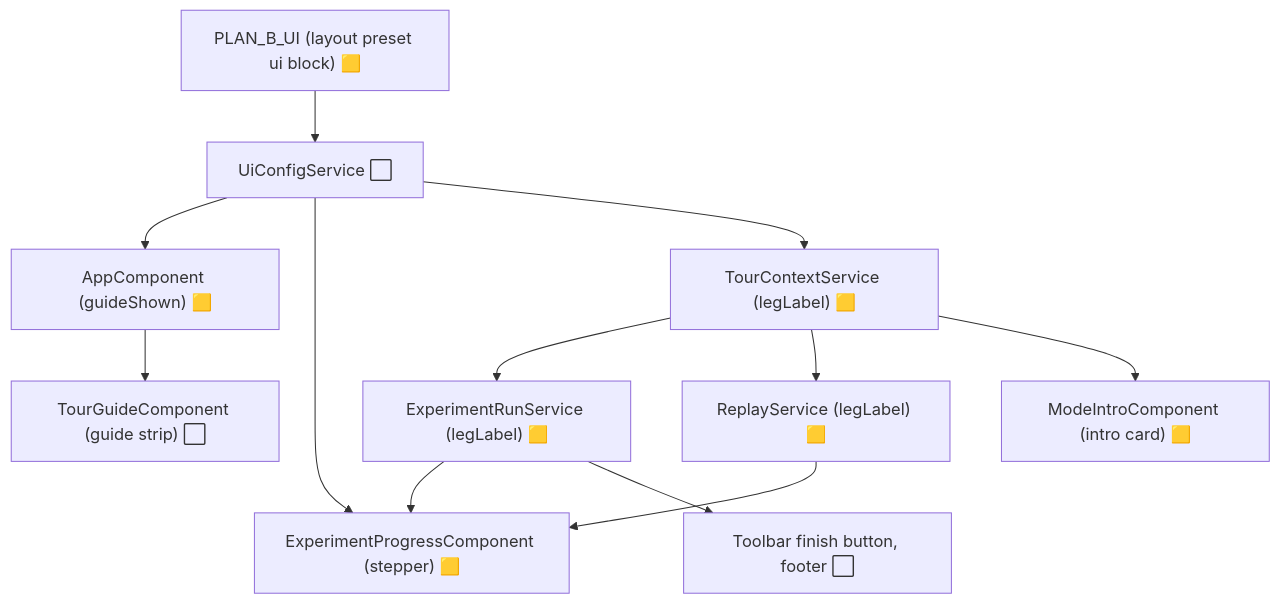
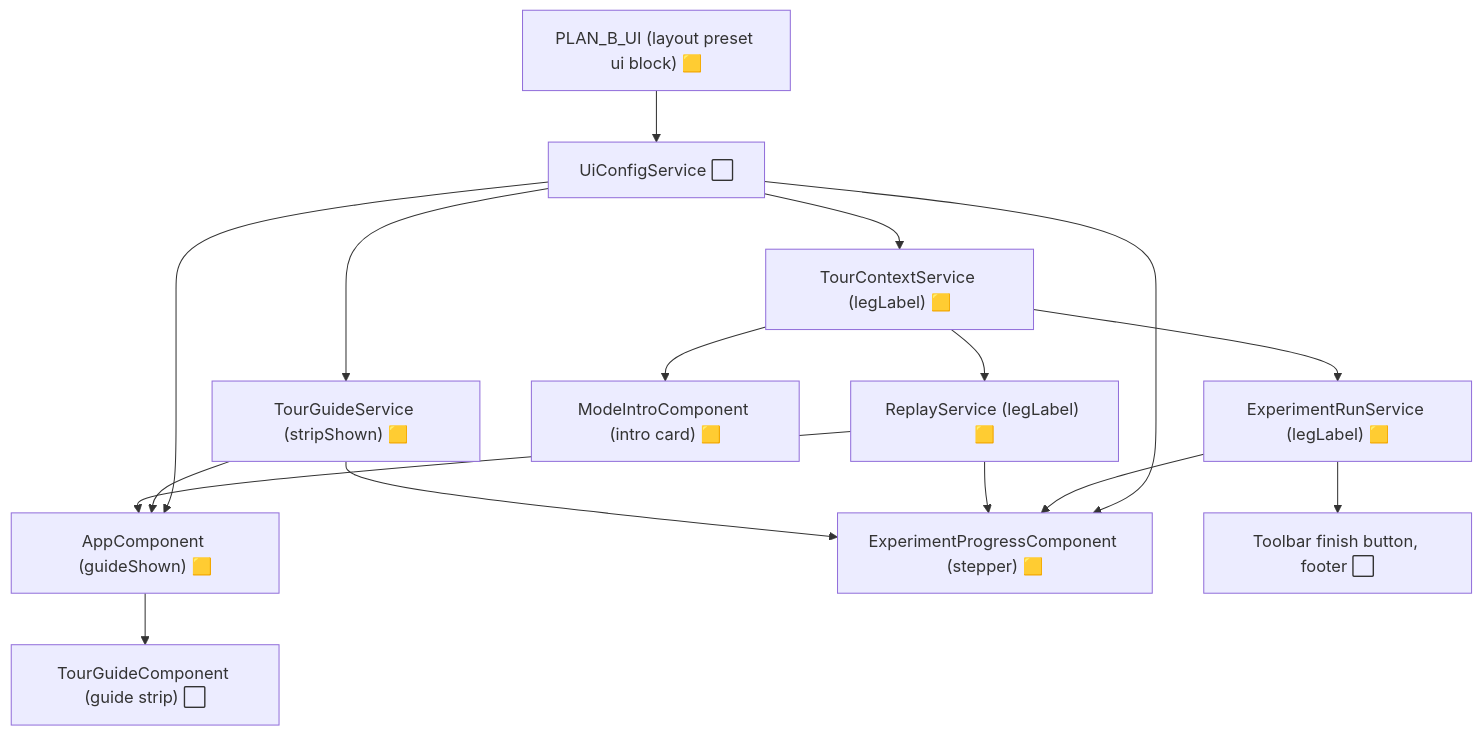
One commit to flatland-association/flatland-ui-hub changed the diagram in docs/plans/hide-scenario-bar.md. Above: the diagram before and after it, drawn with Mermaid. The commit also changed other lines of this file, not shown here.

````diff
--- a/docs/plans/hide-scenario-bar.md
+++ b/docs/plans/hide-scenario-bar.md
@@ -263,14 +294,18 @@
 ```mermaid
 flowchart TD
   PLANB["PLAN_B_UI (layout preset ui block) 🟨"] --> UIC["UiConfigService ⬜"]
   UIC --> APP["AppComponent (guideShown) 🟨"]
   UIC --> XP["ExperimentProgressComponent (stepper) 🟨"]
   UIC --> TC["TourContextService (legLabel) 🟨"]
   TC --> RUN["ExperimentRunService (legLabel) 🟨"]
   TC --> REP["ReplayService (legLabel) 🟨"]
   TC --> MI["ModeIntroComponent (intro card) 🟨"]
   RUN --> XP
   REP --> XP
   RUN --> TB["Toolbar finish button, footer ⬜"]
   APP --> TG["TourGuideComponent (guide strip) ⬜"]
+  UIC --> TGS["TourGuideService (stripShown) 🟨"]
+  TGS --> APP
+  TGS --> XP
+  REP --> APP
 ```
````
